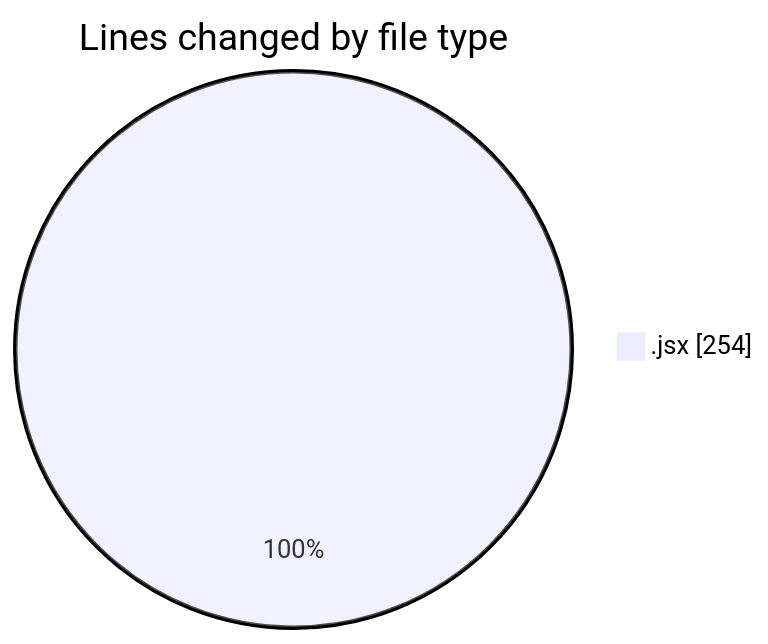
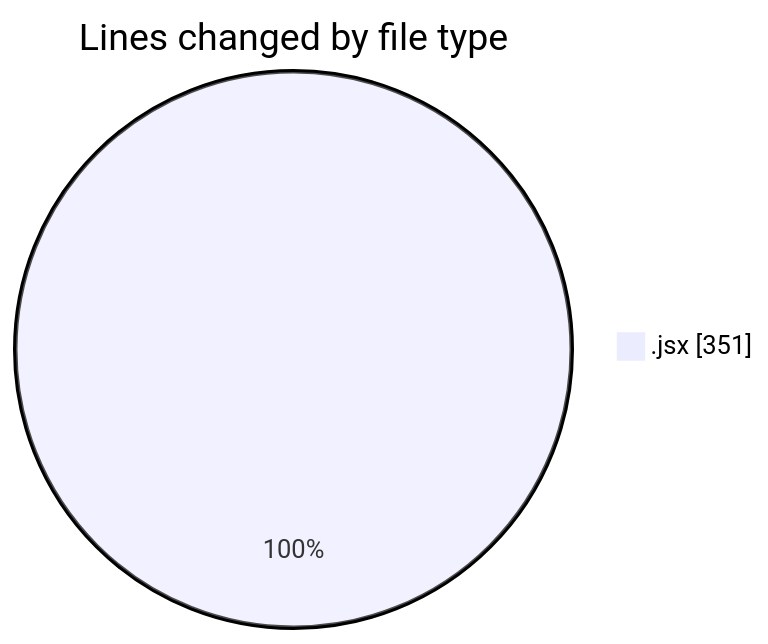
One commit to nxtqubesakshisongat/code-tracking changed the first of 2 diagrams in 2025-10-09/nxtqube_webapp/README.md. Above: the diagram before and after it, drawn with Mermaid. The commit also changed other lines of this file and 1 other file, not shown here.

````diff
--- a/2025-10-09/nxtqube_webapp/README.md
+++ b/2025-10-09/nxtqube_webapp/README.md
@@ -20,5 +20,5 @@
 ```mermaid
 pie showData
 title Lines changed by file type
-".jsx" : 254
+".jsx" : 351
 ```
````
